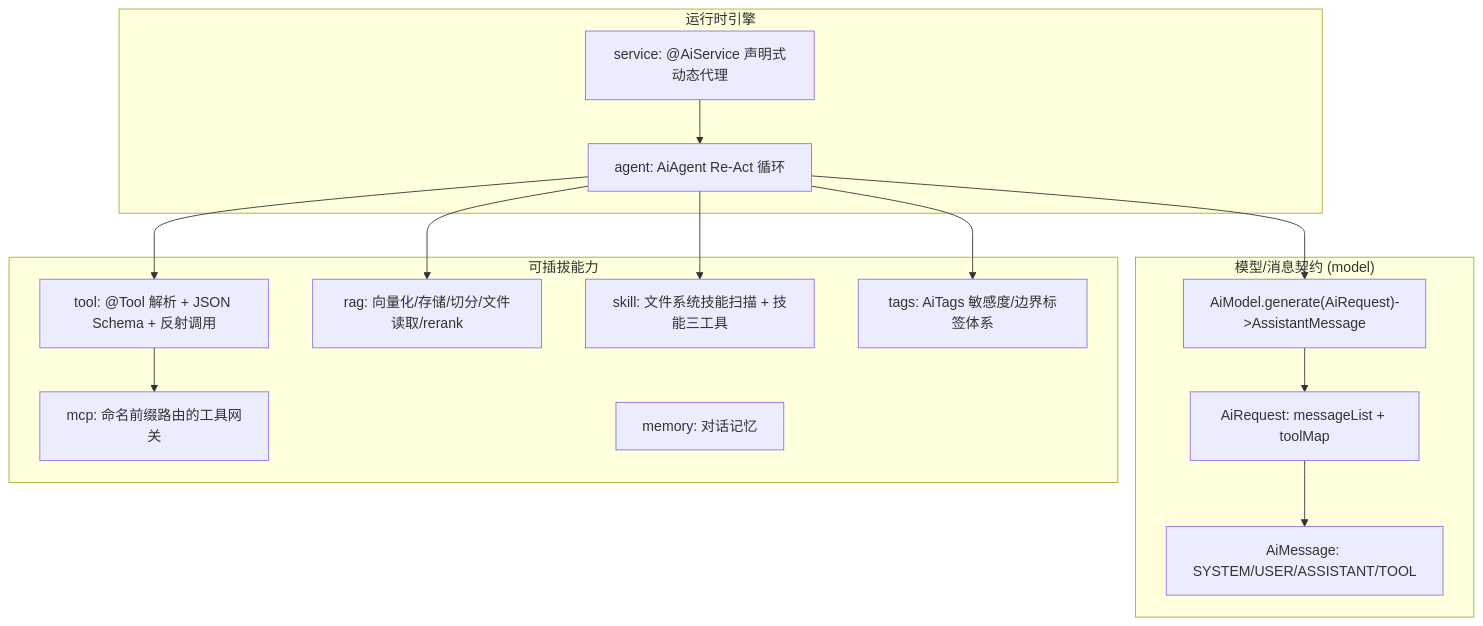
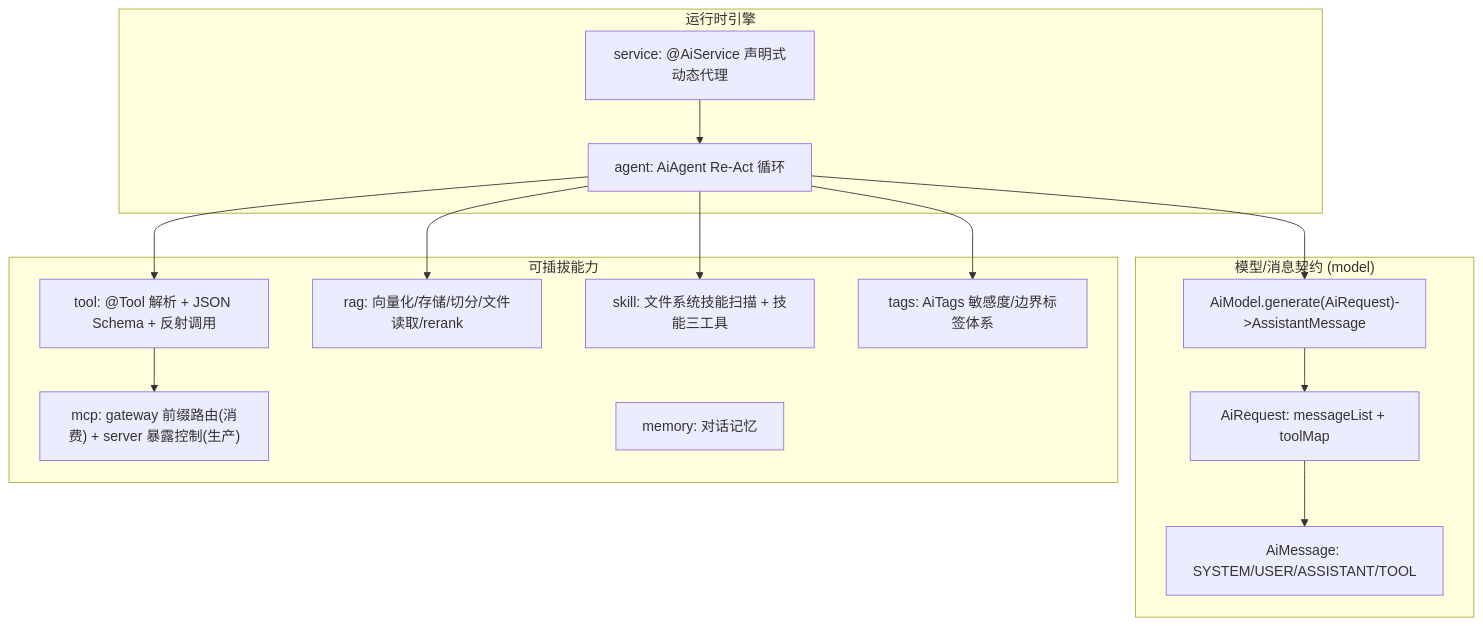
Before and after one commit to Ice2Faith/i2f-turbo-java: the first of 3 diagrams in .wiki/modules/i2f-jdk/i2f-ai-std/readme.md, drawn with Mermaid. The commit also changed other lines of this file and 3 other files, not shown here.

Commit message:
feat(mcp-server): tools expose as mcp tools

````diff
--- a/.wiki/modules/i2f-jdk/i2f-ai-std/readme.md
+++ b/.wiki/modules/i2f-jdk/i2f-ai-std/readme.md
@@ -32,29 +36,29 @@
 ```mermaid
 flowchart TD
     subgraph 契约层["模型/消息契约 (model)"]
         M["AiModel.generate(AiRequest)->AssistantMessage"]
         REQ["AiRequest: messageList + toolMap"]
         MSG["AiMessage: SYSTEM/USER/ASSISTANT/TOOL"]
     end
     subgraph 能力层["可插拔能力"]
         TOOL["tool: @Tool 解析 + JSON Schema + 反射调用"]
         RAG["rag: 向量化/存储/切分/文件读取/rerank"]
         SKILL["skill: 文件系统技能扫描 + 技能三工具"]
-        MCP["mcp: 命名前缀路由的工具网关"]
+        MCP["mcp: gateway 前缀路由(消费) + server 暴露控制(生产)"]
         MEM["memory: 对话记忆"]
         TAG["tags: AiTags 敏感度/边界标签体系"]
     end
     subgraph 引擎层["运行时引擎"]
         AGENT["agent: AiAgent Re-Act 循环"]
         SVC["service: @AiService 声明式动态代理"]
     end
     SVC --> AGENT
     AGENT --> M
     AGENT --> TOOL
     AGENT --> RAG
     AGENT --> SKILL
     AGENT --> TAG
     TOOL --> MCP
     M --> REQ
     REQ --> MSG
 ```
````
